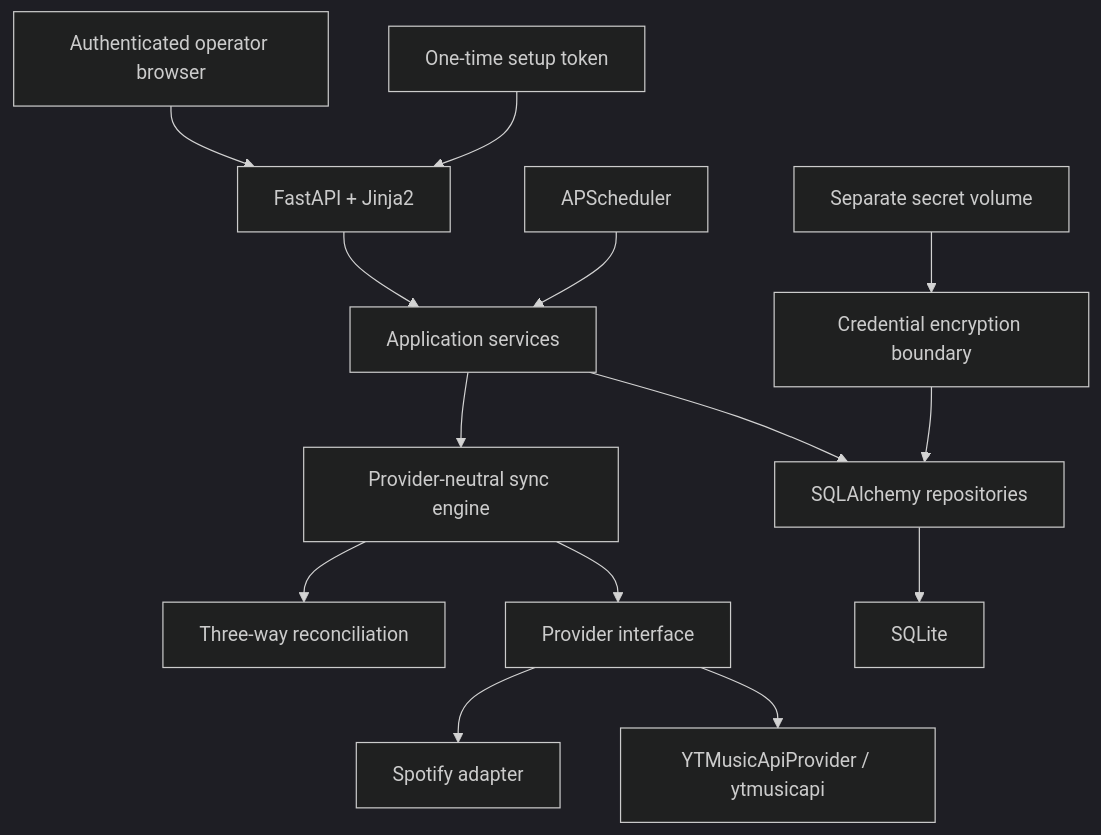
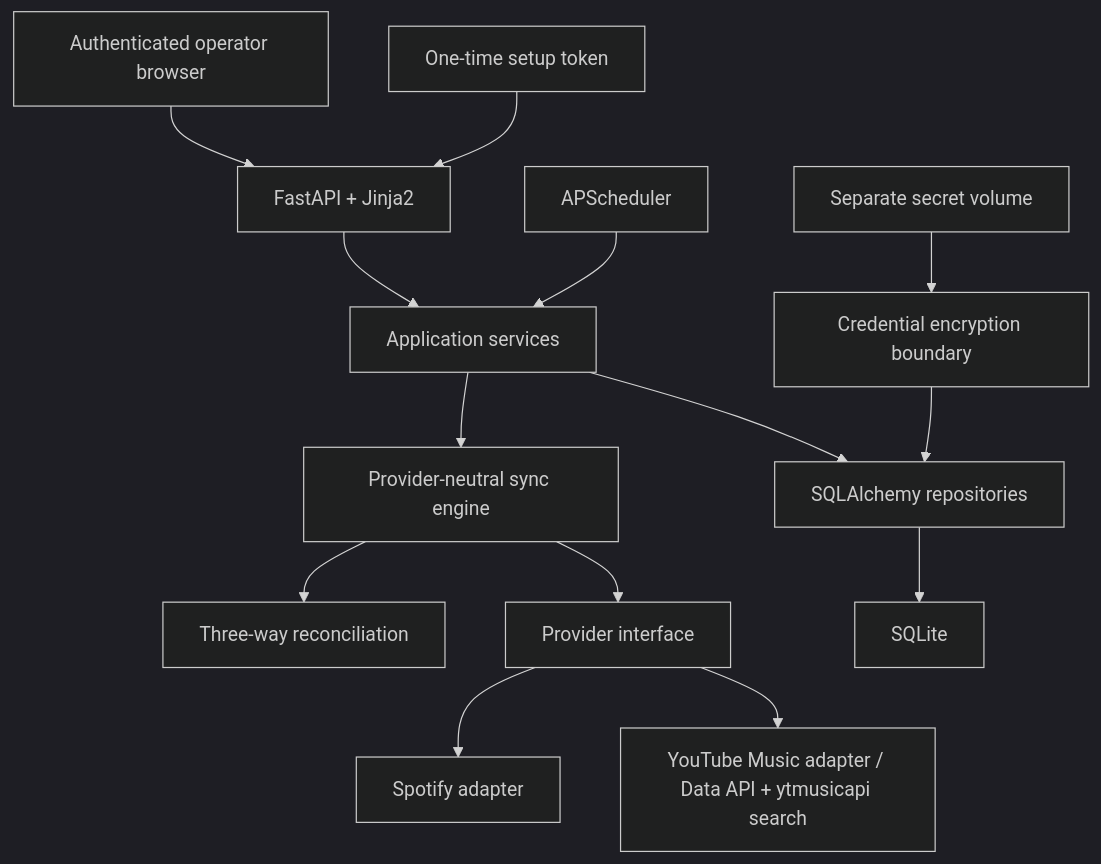
Before and after one commit to maus97/OpenPlaylistSync: the diagram in docs/architecture.md, drawn with Mermaid (dark theme). The commit also changed other lines of this file and 44 other files, not shown here.

````diff
--- a/docs/architecture.md
+++ b/docs/architecture.md
@@ -39,16 +39,16 @@
 ```mermaid
 flowchart TD
     browser["Authenticated operator browser"] --> web["FastAPI + Jinja2"]
     bootstrap["One-time setup token"] --> web
     web --> app["Application services"]
     scheduler["APScheduler"] --> app
     app --> sync["Provider-neutral sync engine"]
     sync --> reconcile["Three-way reconciliation"]
     sync --> provider["Provider interface"]
     provider --> spotify["Spotify adapter"]
-    provider --> youtube["YTMusicApiProvider / ytmusicapi"]
+    provider --> youtube["YouTube Music adapter / Data API + ytmusicapi search"]
     app --> storage["SQLAlchemy repositories"]
     storage --> sqlite["SQLite"]
     secrets["Separate secret volume"] --> credential["Credential encryption boundary"]
     credential --> storage
 ```
````
